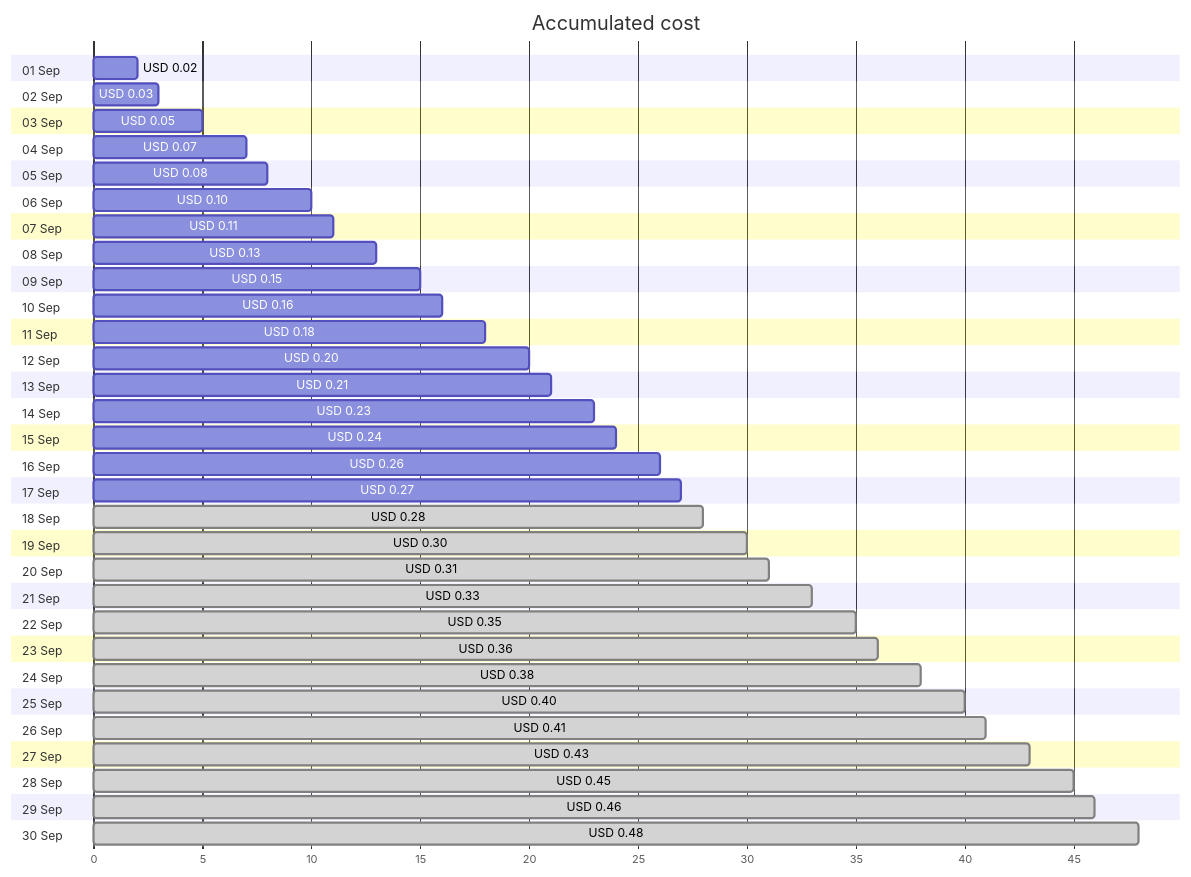
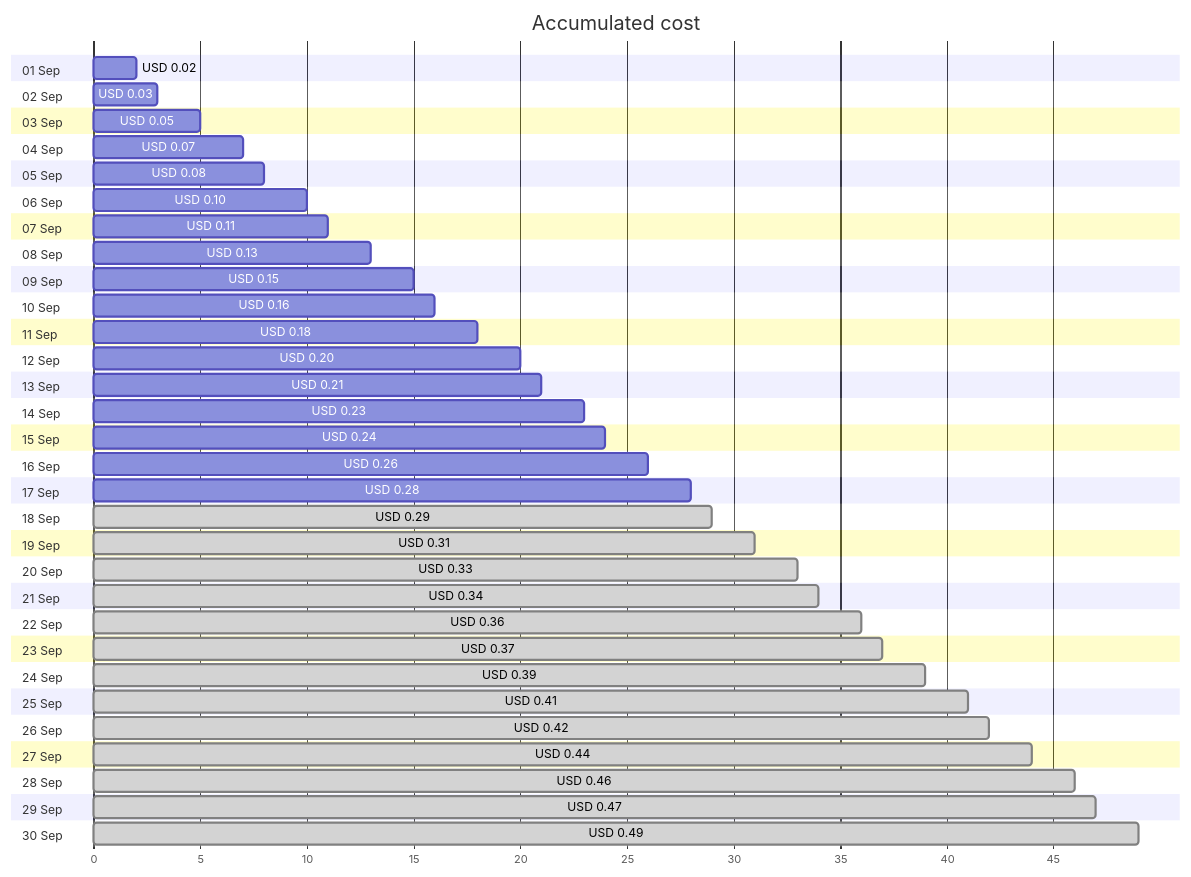
One commit to jpfulton/azure-personal-reports changed the first of 4 diagrams in cost-reports/personal-dns/jpatrickfulton.com.md. Above: the diagram before and after it, drawn with Mermaid. The commit also changed other lines of this file and 2 other files, not shown here.

Commit message:
Generated reports [skip ci]

````diff
--- a/cost-reports/personal-dns/jpatrickfulton.com.md
+++ b/cost-reports/personal-dns/jpatrickfulton.com.md
@@ -20,66 +20,66 @@
 ```mermaid
 gantt
    title Accumulated cost
    dateFormat  X
    axisFormat %s
    section 01 Sep
    USD 0.02 :0, 2
    section 02 Sep
    USD 0.03 :0, 3
    section 03 Sep
    USD 0.05 :0, 5
    section 04 Sep
    USD 0.07 :0, 7
    section 05 Sep
    USD 0.08 :0, 8
    section 06 Sep
    USD 0.10 :0, 10
    section 07 Sep
    USD 0.11 :0, 11
    section 08 Sep
    USD 0.13 :0, 13
    section 09 Sep
    USD 0.15 :0, 15
    section 10 Sep
    USD 0.16 :0, 16
    section 11 Sep
    USD 0.18 :0, 18
    section 12 Sep
    USD 0.20 :0, 20
    section 13 Sep
    USD 0.21 :0, 21
    section 14 Sep
    USD 0.23 :0, 23
    section 15 Sep
    USD 0.24 :0, 24
    section 16 Sep
    USD 0.26 :0, 26
    section 17 Sep
-   USD 0.27 :0, 27
+   USD 0.28 :0, 28
    section 18 Sep
-   USD 0.28 : done, 0, 28
+   USD 0.29 : done, 0, 29
    section 19 Sep
-   USD 0.30 : done, 0, 30
+   USD 0.31 : done, 0, 31
    section 20 Sep
-   USD 0.31 : done, 0, 31
+   USD 0.33 : done, 0, 33
    section 21 Sep
-   USD 0.33 : done, 0, 33
+   USD 0.34 : done, 0, 34
    section 22 Sep
-   USD 0.35 : done, 0, 35
+   USD 0.36 : done, 0, 36
    section 23 Sep
-   USD 0.36 : done, 0, 36
+   USD 0.37 : done, 0, 37
    section 24 Sep
-   USD 0.38 : done, 0, 38
+   USD 0.39 : done, 0, 39
    section 25 Sep
-   USD 0.40 : done, 0, 40
+   USD 0.41 : done, 0, 41
    section 26 Sep
-   USD 0.41 : done, 0, 41
+   USD 0.42 : done, 0, 42
    section 27 Sep
-   USD 0.43 : done, 0, 43
+   USD 0.44 : done, 0, 44
    section 28 Sep
-   USD 0.45 : done, 0, 45
+   USD 0.46 : done, 0, 46
    section 29 Sep
-   USD 0.46 : done, 0, 46
+   USD 0.47 : done, 0, 47
    section 30 Sep
-   USD 0.48 : done, 0, 48
+   USD 0.49 : done, 0, 49
 ```
````
